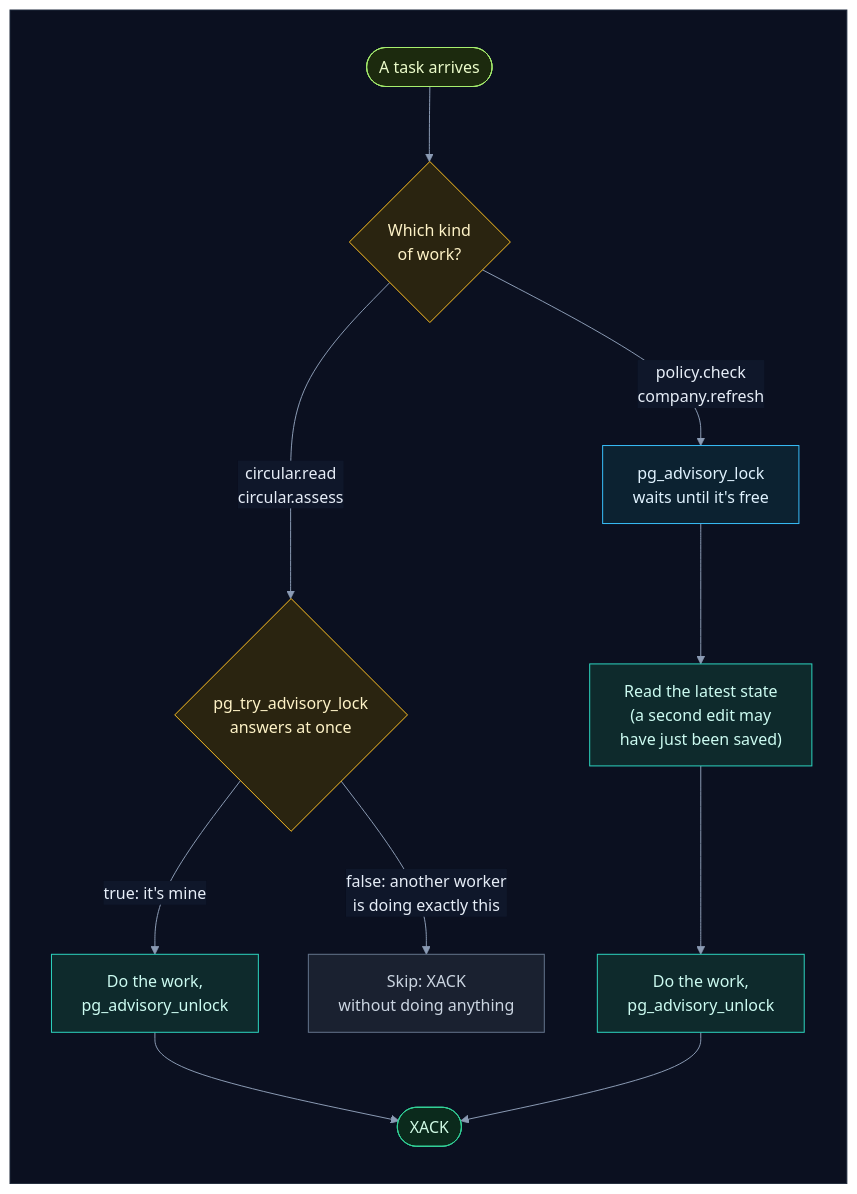
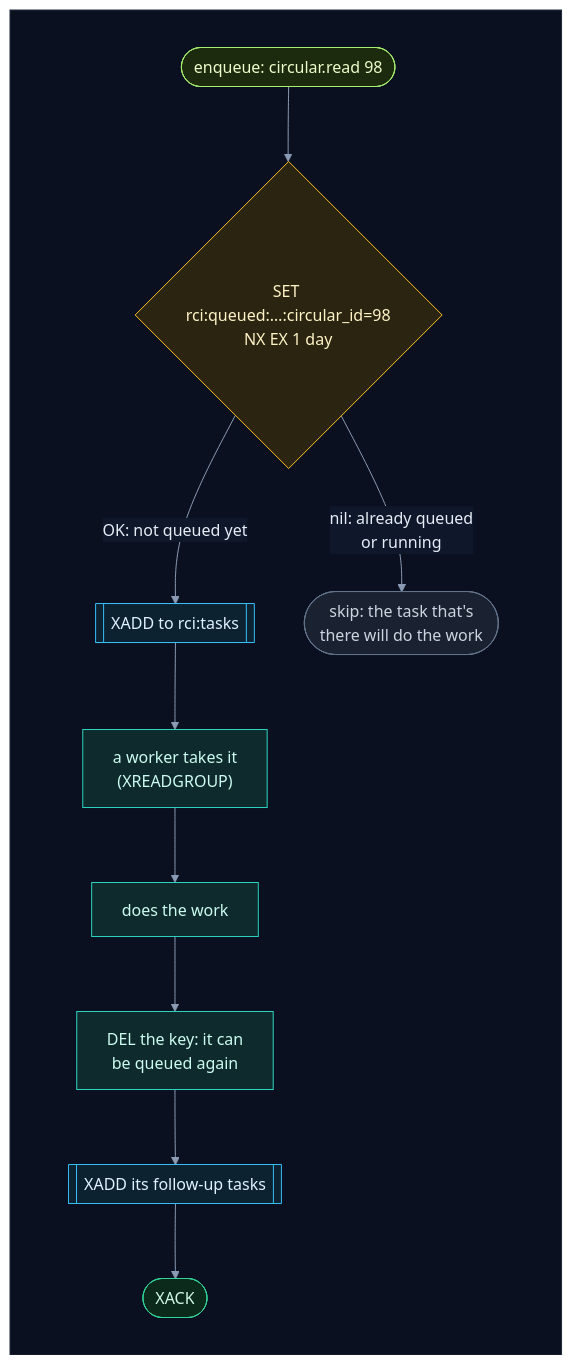
Diagram 12 of 14 in how_the_worker_works.md (selvakumarperumal/Regulatory_Circular_Impact_Agent), drawn with Mermaid before and after one commit. The commit also changed other lines of this file and 7 other files, not shown here.

Commit message:
Document the lock-free queue and policy status

````diff
--- a/how_the_worker_works.md
+++ b/how_the_worker_works.md
@@ -798,33 +754,32 @@
 ```mermaid
 %%{init: {"theme": "base", "flowchart": {"diagramPadding": 0}, "themeVariables": {"darkMode": true, "primaryColor": "#16213a", "primaryTextColor": "#e6edf7", "primaryBorderColor": "#475a7a", "lineColor": "#8b9bb4", "secondaryColor": "#1b2436", "tertiaryColor": "#101a2e", "edgeLabelBackground": "#0f172a", "textColor": "#e2e8f0", "clusterBkg": "#0f1728", "clusterBorder": "#2b3a55", "titleColor": "#c4b5fd", "nodeTextColor": "#e6edf7"}}}%%
 flowchart TD
     subgraph canvas[" "]
         direction TB
-        task(["A task arrives"]) --> kind{"Which kind<br/>of work?"}
-        kind -->|"circular.read<br/>circular.assess"| tryl{"pg_try_advisory_lock<br/>answers at once"}
-        tryl -->|"true: it's mine"| work1["Do the work,<br/>pg_advisory_unlock"]
-        tryl -->|"false: another worker<br/>is doing exactly this"| skip["Skip: XACK<br/>without doing anything"]
-        kind -->|"policy.check<br/>company.refresh"| waitl["pg_advisory_lock<br/>waits until it's free"]
-        waitl --> fresh["Read the latest state<br/>(a second edit may<br/>have just been saved)"]
-        fresh --> work2["Do the work,<br/>pg_advisory_unlock"]
-        work1 --> ack(["XACK"])
-        work2 --> ack
+        add(["enqueue: circular.read 98"]) --> nx{"SET rci:queued:…:circular_id=98<br/>NX EX 1 day"}
+        nx -->|"OK: not queued yet"| x[["XADD to rci:tasks"]]
+        nx -->|"nil: already queued<br/>or running"| skip(["skip: the task that's<br/>there will do the work"])
+        x --> take["a worker takes it<br/>(XREADGROUP)"]
+        take --> work["does the work"]
+        work --> del["DEL the key: it can<br/>be queued again"]
+        del --> follow[["XADD its follow-up tasks"]]
+        follow --> ack(["XACK"])
     end
     classDef svc fill:#0e2a2c,stroke:#2dd4bf,color:#ccfbf1
     classDef data fill:#1c1a47,stroke:#818cf8,color:#e0e7ff
     classDef ext fill:#2a1640,stroke:#c084fc,color:#f3e8ff
     classDef gpu fill:#2d1b0c,stroke:#fb923c,color:#ffedd5
     classDef ask fill:#2a2410,stroke:#fbbf24,color:#fef3c7
     classDef ok fill:#0b2a1c,stroke:#34d399,color:#d1fae5
     classDef bad fill:#2e0f17,stroke:#fb7185,color:#ffe4e6
     classDef start fill:#1c2a0e,stroke:#a7ef6f,color:#ecfccb
     classDef muted fill:#1a2130,stroke:#64748b,color:#cbd5e1
     classDef queue fill:#0c2231,stroke:#38bdf8,color:#e0f2fe
-    class task start
-    class kind,tryl ask
-    class work1,work2,fresh svc
-    class waitl queue
+    class add start
+    class nx ask
+    class x,follow queue
     class skip muted
+    class take,work,del svc
     class ack ok
     style canvas fill:#0b1020,stroke:#1e293b,color:#0b1020
 ```
````
